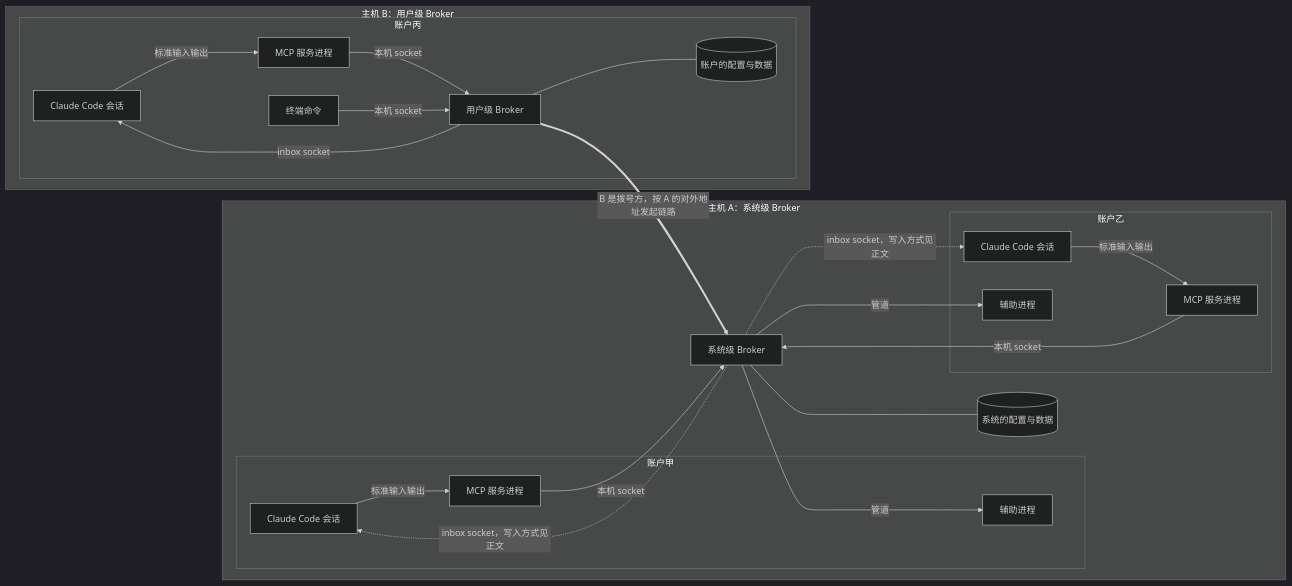
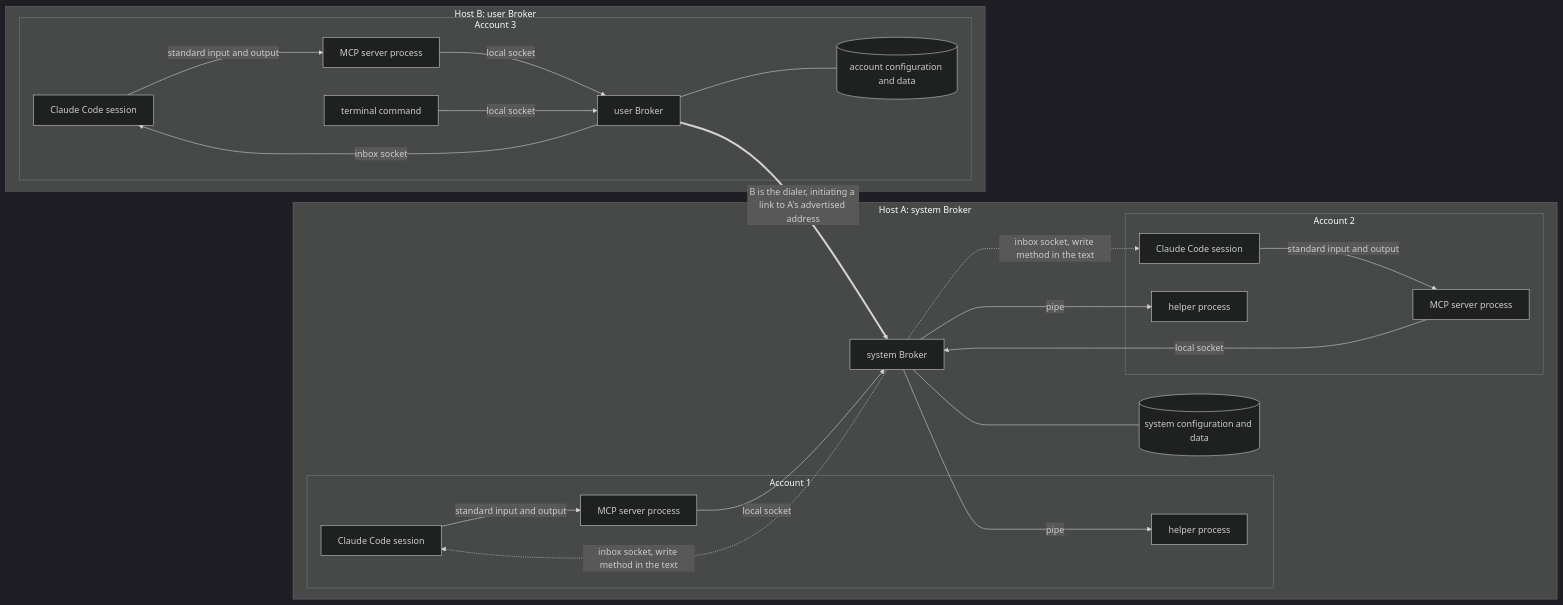
The third of 4 diagrams in docs/design/architecture.md (wangzw/peers), drawn with Mermaid (dark theme) before and after one commit. The commit also changed other lines of this file, not shown here.

Commit message:
docs(design): translate the architecture document to English

````diff
--- a/docs/design/architecture.md
+++ b/docs/design/architecture.md
@@ -99,30 +99,30 @@
 ```mermaid
 graph LR
-    subgraph hostA[主机 A：系统级 Broker]
-        subgraph acctA1[账户甲]
-            sessionA1[Claude Code 会话] -->|标准输入输出| toolA1[MCP 服务进程]
-            helperA1[辅助进程]
+    subgraph hostA[Host A: system Broker]
+        subgraph acctA1[Account 1]
+            sessionA1[Claude Code session] -->|standard input and output| toolA1[MCP server process]
+            helperA1[helper process]
         end
-        subgraph acctA2[账户乙]
-            sessionA2[Claude Code 会话] -->|标准输入输出| toolA2[MCP 服务进程]
-            helperA2[辅助进程]
+        subgraph acctA2[Account 2]
+            sessionA2[Claude Code session] -->|standard input and output| toolA2[MCP server process]
+            helperA2[helper process]
         end
-        toolA1 -->|本机 socket| brokerA[系统级 Broker]
-        toolA2 -->|本机 socket| brokerA
-        brokerA -->|管道| helperA1
-        brokerA -->|管道| helperA2
-        brokerA -.->|inbox socket，写入方式见正文| sessionA1
-        brokerA -.->|inbox socket，写入方式见正文| sessionA2
-        brokerA --- diskA[(系统的配置与数据)]
+        toolA1 -->|local socket| brokerA[system Broker]
+        toolA2 -->|local socket| brokerA
+        brokerA -->|pipe| helperA1
+        brokerA -->|pipe| helperA2
+        brokerA -.->|inbox socket, write method in the text| sessionA1
+        brokerA -.->|inbox socket, write method in the text| sessionA2
+        brokerA --- diskA[(system configuration and data)]
     end
-    subgraph hostB[主机 B：用户级 Broker]
-        subgraph acctB1[账户丙]
-            sessionB1[Claude Code 会话] -->|标准输入输出| toolB1[MCP 服务进程]
-            toolB1 -->|本机 socket| brokerB[用户级 Broker]
-            cliB[终端命令] -->|本机 socket| brokerB
+    subgraph hostB[Host B: user Broker]
+        subgraph acctB1[Account 3]
+            sessionB1[Claude Code session] -->|standard input and output| toolB1[MCP server process]
+            toolB1 -->|local socket| brokerB[user Broker]
+            cliB[terminal command] -->|local socket| brokerB
             brokerB -->|inbox socket| sessionB1
-            brokerB --- diskB[(账户的配置与数据)]
+            brokerB --- diskB[(account configuration and data)]
         end
     end
-    brokerB ==>|B 是拨号方，按 A 的对外地址发起链路| brokerA
+    brokerB ==>|B is the dialer, initiating a link to A's advertised address| brokerA
 ```
````
